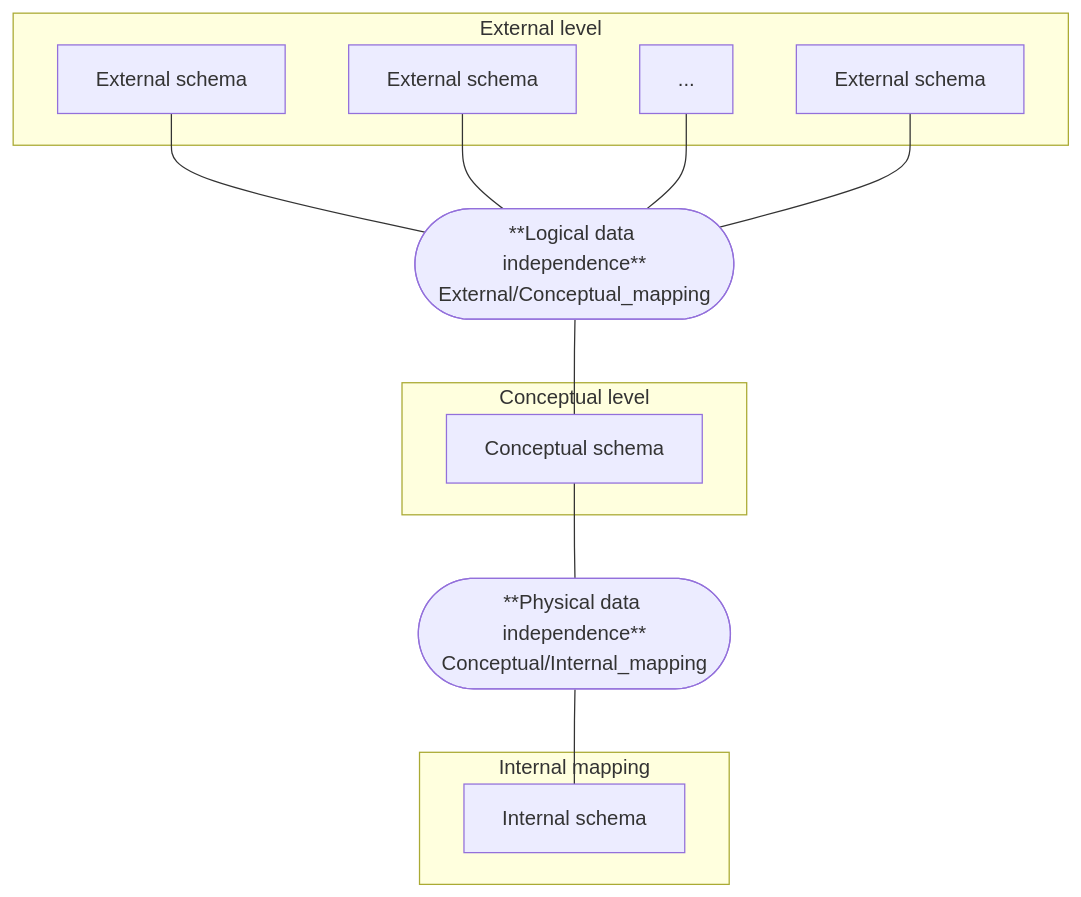
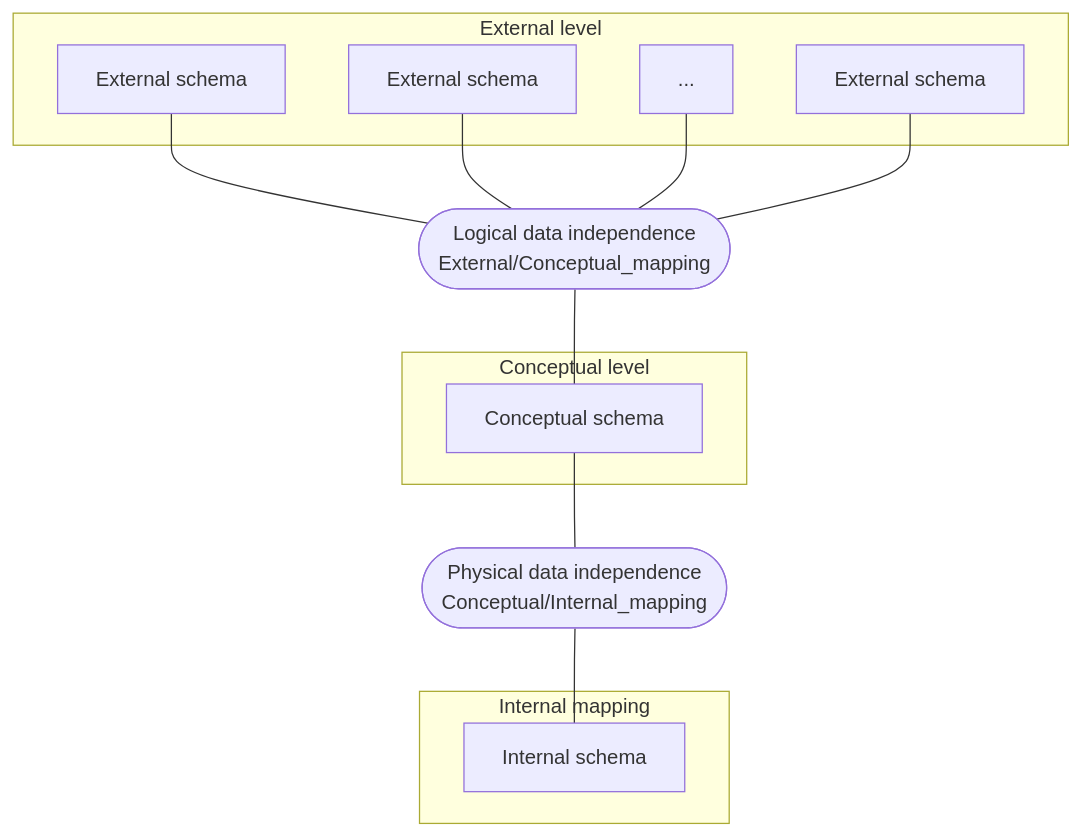
Before and after one commit to InfiniteAstral/notes: the diagram in 计算机科学/数据库原理及应用/1 关系模型/index.md, drawn with Mermaid. The commit also changed other lines of this file, not shown here.

````diff
--- a/计算机科学/数据库原理及应用/1 关系模型/index.md
+++ b/计算机科学/数据库原理及应用/1 关系模型/index.md
@@ -35,24 +35,24 @@
 ```mermaid
 flowchart TB
 subgraph "External level"
   es1["External schema"]
   es2["External schema"]
   dots["..."]
   es3["External schema"]
 end
 subgraph "Conceptual level"
   cs["Conceptual schema"]
 end
 subgraph "Internal mapping"
   is["Internal schema"]
 end
-es1 --- ecm(["**Logical data independence**
+es1 --- ecm(["Logical data independence
 External/Conceptual_mapping"])
 es2 --- ecm
 dots --- ecm
 es3 --- ecm
 ecm --- cs
-cs --- cim(["**Physical data independence**
+cs --- cim(["Physical data independence
 Conceptual/Internal_mapping"])
 cim --- is
 ```
````
